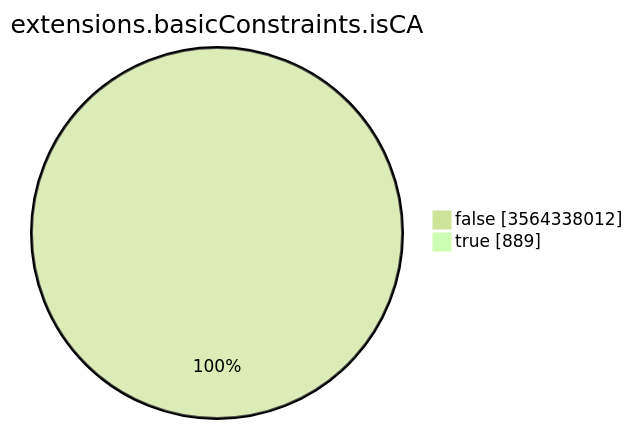
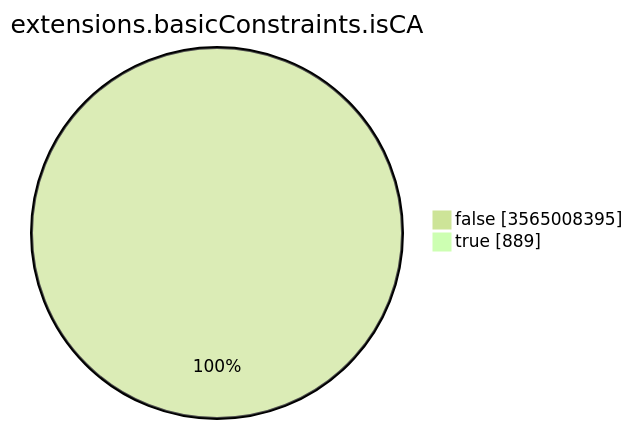
Before and after one commit to christiankrug/ctmonitor_visualization: the seventh of 15 diagrams in TOTAL/README.md, drawn with Mermaid (forest theme). The commit also changed other lines of this file, not shown here.

````diff
--- a/TOTAL/README.md
+++ b/TOTAL/README.md
@@ -3094,6 +3094,6 @@
 ```mermaid
 pie showData
 title extensions.basicConstraints.isCA
-"false" :3564338012
+"false" :3565008395
 "true" :889
 ```
````
